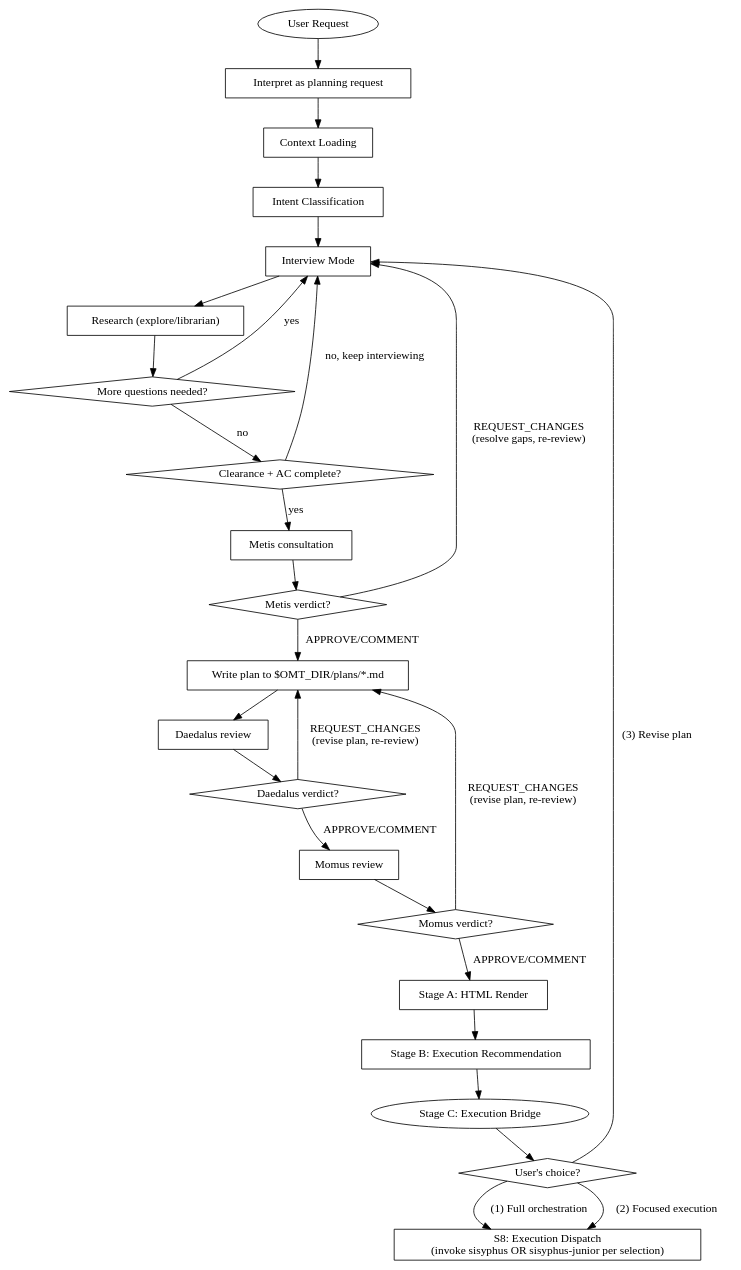
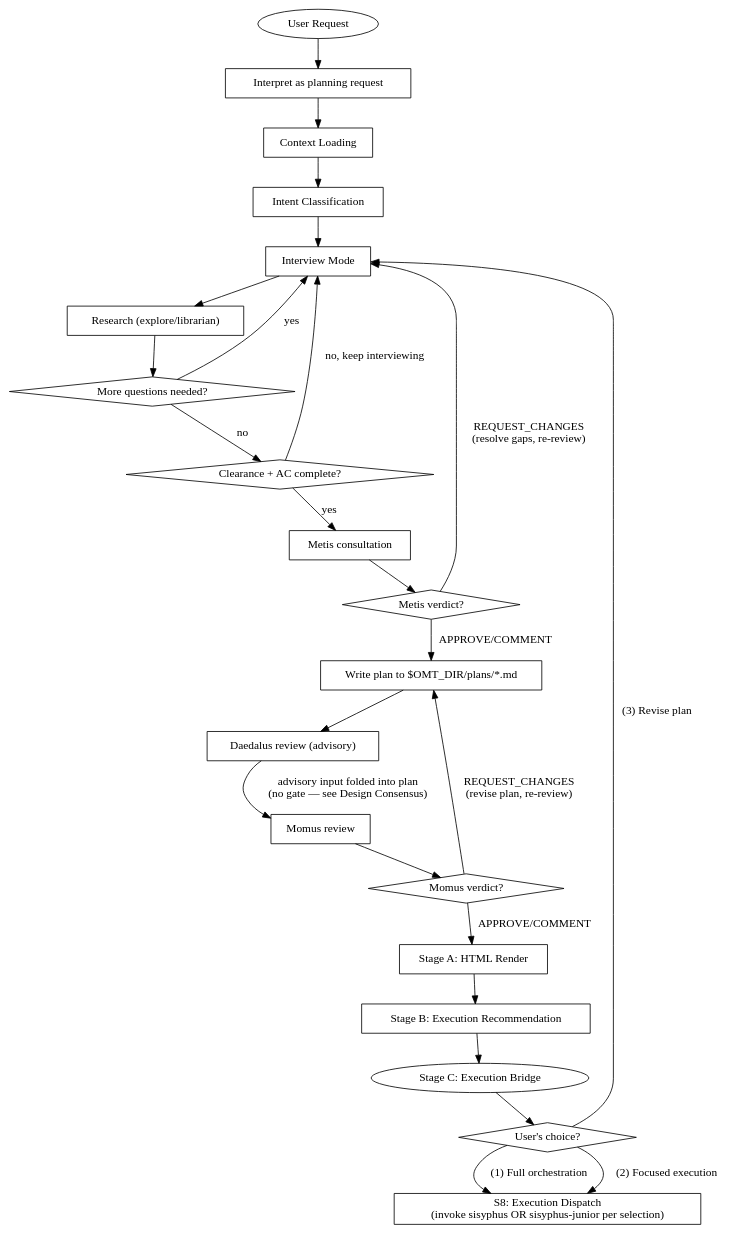
The diagram in skills/prometheus/SKILL.md (toongri/oh-my-toong-playground), drawn with Graphviz before and after one commit. The commit also changed other lines of this file and 5 other files, not shown here.

First line of the commit message:
refactor(prometheus): 현실성 검증 momus 이관·daedalus 설계 자문화

````diff
--- a/skills/prometheus/SKILL.md
+++ b/skills/prometheus/SKILL.md
@@ -67,52 +67,49 @@
 ```dot
 digraph prometheus_flow {
     rankdir=TB;
     "User Request" [shape=ellipse];
     "Interpret as planning request" [shape=box];
     "Context Loading" [shape=box];
     "Intent Classification" [shape=box];
     "Interview Mode" [shape=box];
     "Research (explore/librarian)" [shape=box];
     "More questions needed?" [shape=diamond];
     "Clearance + AC complete?" [shape=diamond];
     "Metis consultation" [shape=box];
     "Metis verdict?" [shape=diamond];
     "Write plan to $OMT_DIR/plans/*.md" [shape=box];
-    "Daedalus review" [shape=box];
-    "Daedalus verdict?" [shape=diamond];
+    "Daedalus review (advisory)" [shape=box];
     "Momus review" [shape=box];
     "Momus verdict?" [shape=diamond];
     "Stage A: HTML Render" [shape=box];
     "Stage B: Execution Recommendation" [shape=box];
     "Stage C: Execution Bridge" [shape=ellipse];
     "User's choice?" [shape=diamond];
     "S8: Execution Dispatch\n(invoke sisyphus OR sisyphus-junior per selection)" [shape=box];
 
     "User Request" -> "Interpret as planning request";
     "Interpret as planning request" -> "Context Loading";
     "Context Loading" -> "Intent Classification";
     "Intent Classification" -> "Interview Mode";
     "Interview Mode" -> "Research (explore/librarian)";
     "Research (explore/librarian)" -> "More questions needed?";
     "More questions needed?" -> "Interview Mode" [label="yes"];
     "More questions needed?" -> "Clearance + AC complete?" [label="no"];
     "Clearance + AC complete?" -> "Interview Mode" [label="no, keep interviewing"];
     "Clearance + AC complete?" -> "Metis consultation" [label="yes"];
     "Metis consultation" -> "Metis verdict?";
     "Metis verdict?" -> "Interview Mode" [label="REQUEST_CHANGES\n(resolve gaps, re-review)"];
     "Metis verdict?" -> "Write plan to $OMT_DIR/plans/*.md" [label="APPROVE/COMMENT"];
-    "Write plan to $OMT_DIR/plans/*.md" -> "Daedalus review";
-    "Daedalus review" -> "Daedalus verdict?";
-    "Daedalus verdict?" -> "Write plan to $OMT_DIR/plans/*.md" [label="REQUEST_CHANGES\n(revise plan, re-review)"];
-    "Daedalus verdict?" -> "Momus review" [label="APPROVE/COMMENT"];
+    "Write plan to $OMT_DIR/plans/*.md" -> "Daedalus review (advisory)";
+    "Daedalus review (advisory)" -> "Momus review" [label="advisory input folded into plan\n(no gate — see Design Consensus)"];
     "Momus review" -> "Momus verdict?";
     "Momus verdict?" -> "Write plan to $OMT_DIR/plans/*.md" [label="REQUEST_CHANGES\n(revise plan, re-review)"];
     "Momus verdict?" -> "Stage A: HTML Render" [label="APPROVE/COMMENT"];
     "Stage A: HTML Render" -> "Stage B: Execution Recommendation";
     "Stage B: Execution Recommendation" -> "Stage C: Execution Bridge";
     "Stage C: Execution Bridge" -> "User's choice?";
     "User's choice?" -> "S8: Execution Dispatch\n(invoke sisyphus OR sisyphus-junior per selection)" [label="(1) Full orchestration"];
     "User's choice?" -> "S8: Execution Dispatch\n(invoke sisyphus OR sisyphus-junior per selection)" [label="(2) Focused execution"];
     "User's choice?" -> "Interview Mode" [label="(3) Revise plan"];
 }
 ```
````
